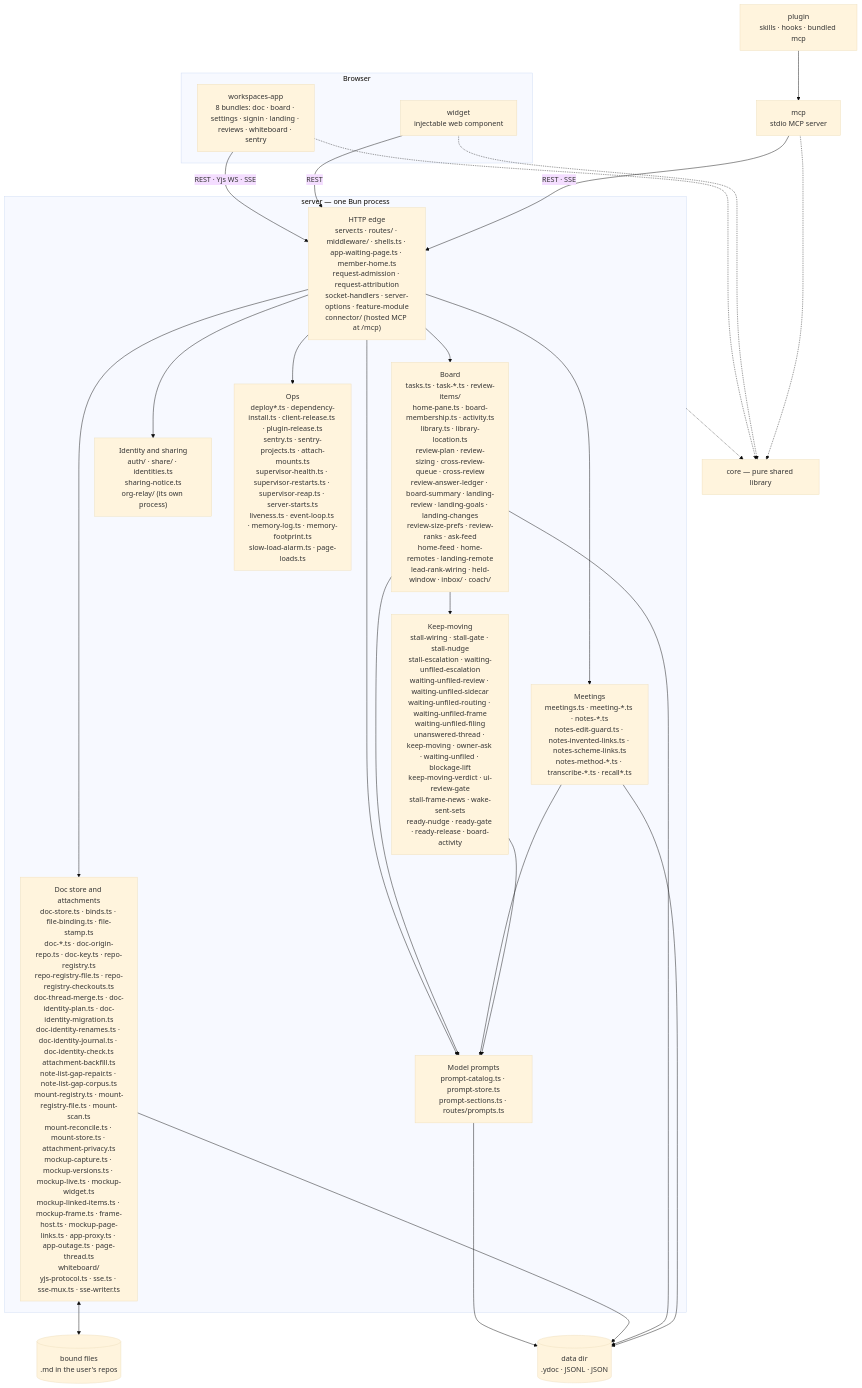
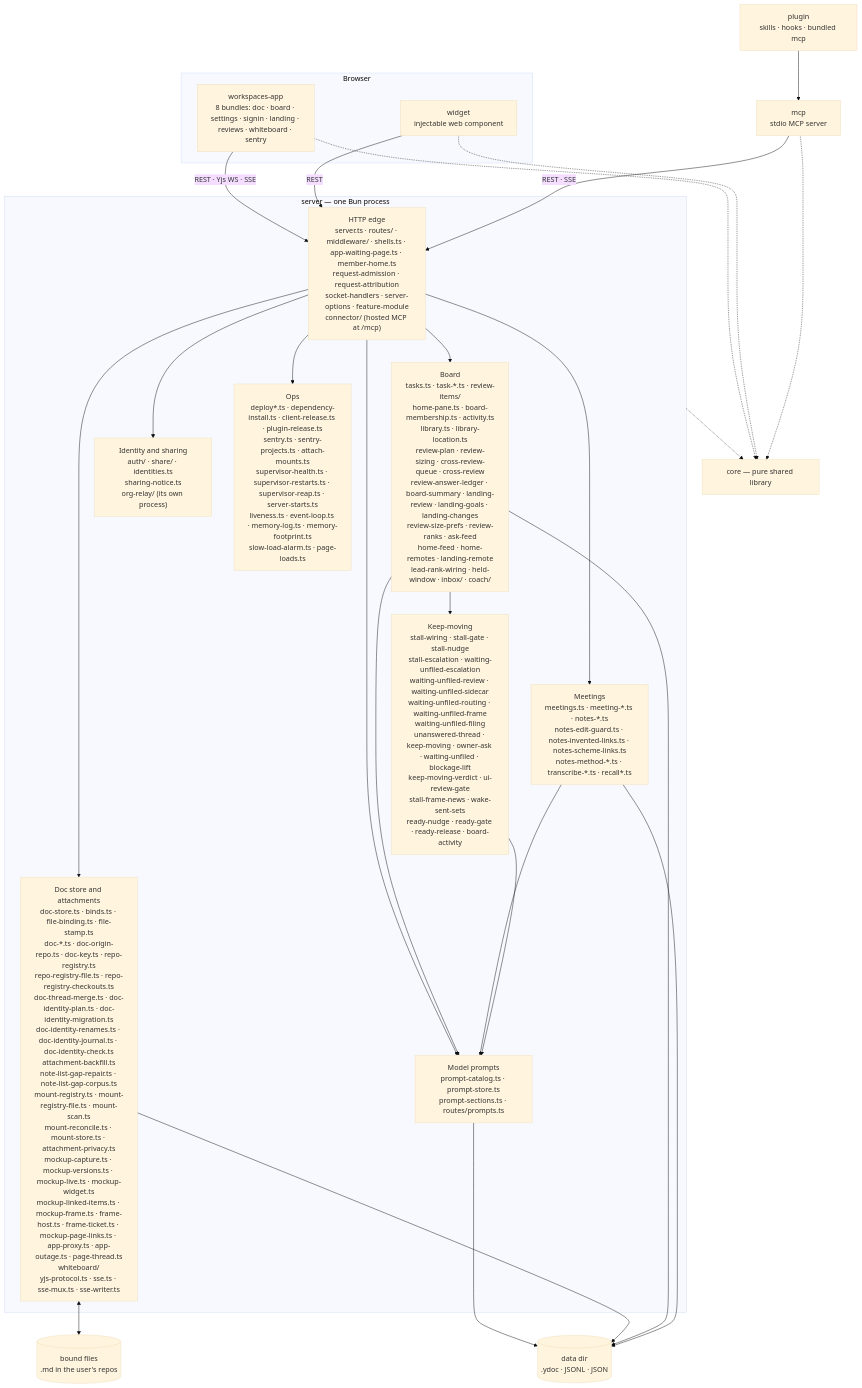
Before and after one commit to fryanpan/claude-workspaces-plugin: the first of 2 diagrams in docs/architecture/overview.md, drawn with Mermaid (base theme). The commit also changed other lines of this file and 1 other file, not shown here.

First line of the commit message:
Docs: each project's frame hostname, its ticket and the router's frame domain

````diff
--- a/docs/architecture/overview.md
+++ b/docs/architecture/overview.md
@@ -45,35 +45,35 @@
 ```mermaid
 flowchart TB
   subgraph browser[Browser]
     app["workspaces-app<br/>8 bundles: doc · board · settings · signin · landing · reviews · whiteboard · sentry"]
     wid["widget<br/>injectable web component"]
   end
   plug["plugin<br/>skills · hooks · bundled mcp"]
   mcp["mcp<br/>stdio MCP server"]
   subgraph srv["server — one Bun process"]
     edge["HTTP edge<br/>server.ts · routes/ · middleware/ · shells.ts · app-waiting-page.ts · member-home.ts<br/>request-admission · request-attribution<br/>socket-handlers · server-options · feature-module<br/>connector/ (hosted MCP at /mcp)"]
-    docs["Doc store and attachments<br/>doc-store.ts · binds.ts · file-binding.ts · file-stamp.ts<br/>doc-*.ts · doc-origin-repo.ts · doc-key.ts · repo-registry.ts<br/>repo-registry-file.ts · repo-registry-checkouts.ts<br/>doc-thread-merge.ts · doc-identity-plan.ts · doc-identity-migration.ts<br/>doc-identity-renames.ts · doc-identity-journal.ts · doc-identity-check.ts<br/>attachment-backfill.ts<br/>note-list-gap-repair.ts · note-list-gap-corpus.ts<br/>mount-registry.ts · mount-registry-file.ts · mount-scan.ts<br/>mount-reconcile.ts · mount-store.ts · attachment-privacy.ts<br/>mockup-capture.ts · mockup-versions.ts · mockup-live.ts · mockup-widget.ts<br/>mockup-linked-items.ts · mockup-frame.ts · frame-host.ts · mockup-page-links.ts · app-proxy.ts · app-outage.ts · page-thread.ts<br/>whiteboard/<br/>yjs-protocol.ts · sse.ts · sse-mux.ts · sse-writer.ts"]
+    docs["Doc store and attachments<br/>doc-store.ts · binds.ts · file-binding.ts · file-stamp.ts<br/>doc-*.ts · doc-origin-repo.ts · doc-key.ts · repo-registry.ts<br/>repo-registry-file.ts · repo-registry-checkouts.ts<br/>doc-thread-merge.ts · doc-identity-plan.ts · doc-identity-migration.ts<br/>doc-identity-renames.ts · doc-identity-journal.ts · doc-identity-check.ts<br/>attachment-backfill.ts<br/>note-list-gap-repair.ts · note-list-gap-corpus.ts<br/>mount-registry.ts · mount-registry-file.ts · mount-scan.ts<br/>mount-reconcile.ts · mount-store.ts · attachment-privacy.ts<br/>mockup-capture.ts · mockup-versions.ts · mockup-live.ts · mockup-widget.ts<br/>mockup-linked-items.ts · mockup-frame.ts · frame-host.ts · frame-ticket.ts · mockup-page-links.ts · app-proxy.ts · app-outage.ts · page-thread.ts<br/>whiteboard/<br/>yjs-protocol.ts · sse.ts · sse-mux.ts · sse-writer.ts"]
     board["Board<br/>tasks.ts · task-*.ts · review-items/<br/>home-pane.ts · board-membership.ts · activity.ts<br/>library.ts · library-location.ts<br/>review-plan · review-sizing · cross-review-queue · cross-review<br/>review-answer-ledger · board-summary · landing-review · landing-goals · landing-changes<br/>review-size-prefs · review-ranks · ask-feed<br/>home-feed · home-remotes · landing-remote<br/>lead-rank-wiring · held-window · inbox/ · coach/"]
     meet["Meetings<br/>meetings.ts · meeting-*.ts · notes-*.ts<br/>notes-edit-guard.ts · notes-invented-links.ts · notes-scheme-links.ts<br/>notes-method-*.ts · transcribe-*.ts · recall*.ts"]
     keep["Keep-moving<br/>stall-wiring · stall-gate · stall-nudge<br/>stall-escalation · waiting-unfiled-escalation<br/>waiting-unfiled-review · waiting-unfiled-sidecar<br/>waiting-unfiled-routing · waiting-unfiled-frame<br/>waiting-unfiled-filing<br/>unanswered-thread · keep-moving · owner-ask · waiting-unfiled · blockage-lift<br/>keep-moving-verdict · ui-review-gate<br/>stall-frame-news · wake-sent-sets<br/>ready-nudge · ready-gate · ready-release · board-activity"]
     ident["Identity and sharing<br/>auth/ · share/ · identities.ts<br/>sharing-notice.ts<br/>org-relay/ (its own process)"]
     prompts["Model prompts<br/>prompt-catalog.ts · prompt-store.ts<br/>prompt-sections.ts · routes/prompts.ts"]
     ops["Ops<br/>deploy*.ts · dependency-install.ts · client-release.ts · plugin-release.ts<br/>sentry.ts · sentry-projects.ts · attach-mounts.ts<br/>supervisor-health.ts · supervisor-restarts.ts · supervisor-reap.ts · server-starts.ts<br/>liveness.ts · event-loop.ts · memory-log.ts · memory-footprint.ts<br/>slow-load-alarm.ts · page-loads.ts"]
   end
   core["core — pure shared library"]
   disk[("data dir<br/>.ydoc · JSONL · JSON")]
   files[("bound files<br/>.md in the user's repos")]
 
   app -->|"REST · Yjs WS · SSE"| edge
   wid -->|REST| edge
   plug --> mcp
   mcp -->|"REST · SSE"| edge
   edge --> docs & board & meet & ident & ops & prompts
   board & meet & keep --> prompts
   prompts --> disk
   board --> keep
   docs <--> files
   docs & board & meet --> disk
   app & wid & mcp -.-> core
   srv -.-> core
 ```
````
